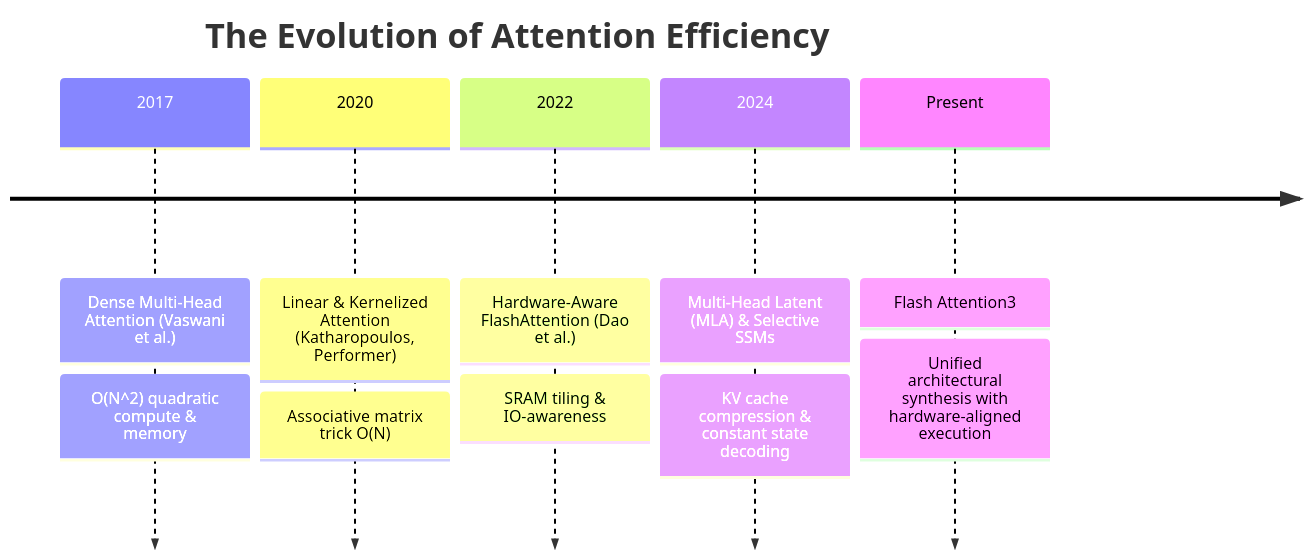
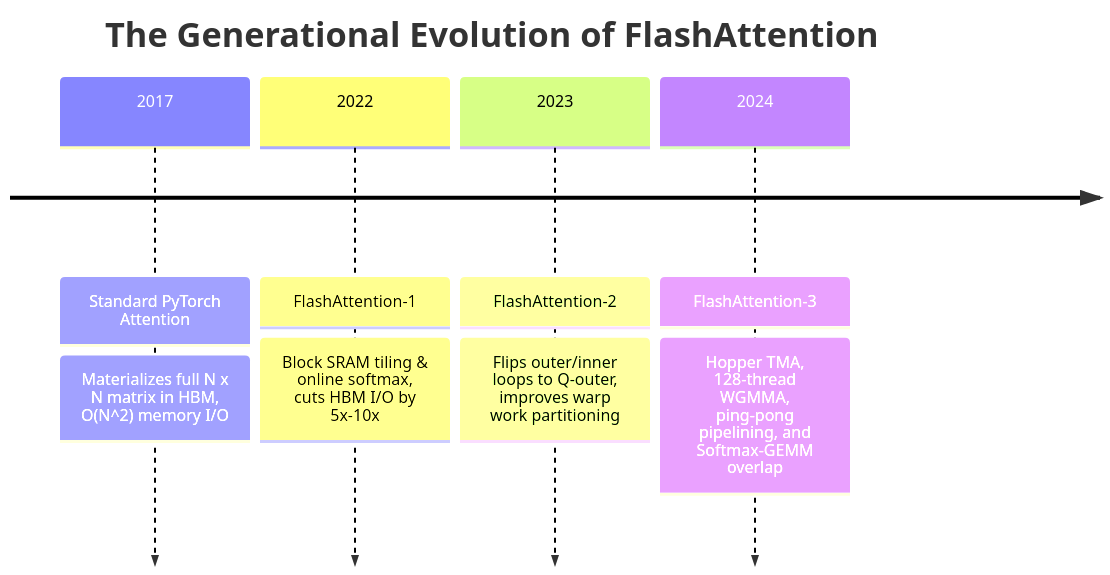
Before and after one commit to tahamajs/NeuralOps: the first of 2 diagrams in Docs/content/attentions_blog/flash_attention3_blog.md, drawn with Mermaid. The commit also changed other lines of this file and 19 other files, not shown here.

````diff
--- a/Docs/content/attentions_blog/flash_attention3_blog.md
+++ b/Docs/content/attentions_blog/flash_attention3_blog.md
@@ -58,9 +76,8 @@
 ```mermaid
 timeline
-    title The Evolution of Attention Efficiency
-    2017 : Dense Multi-Head Attention (Vaswani et al.) : O(N^2) quadratic compute & memory
-    2020 : Linear & Kernelized Attention (Katharopoulos, Performer) : Associative matrix trick O(N)
-    2022 : Hardware-Aware FlashAttention (Dao et al.) : SRAM tiling & IO-awareness
-    2024 : Multi-Head Latent (MLA) & Selective SSMs : KV cache compression & constant state decoding
-    Present : Flash Attention3 : Unified architectural synthesis with hardware-aligned execution
+    title The Generational Evolution of FlashAttention
+    2017 : Standard PyTorch Attention : Materializes full N x N matrix in HBM, O(N^2) memory I/O
+    2022 : FlashAttention-1 : Block SRAM tiling & online softmax, cuts HBM I/O by 5x-10x
+    2023 : FlashAttention-2 : Flips outer/inner loops to Q-outer, improves warp work partitioning
+    2024 : FlashAttention-3 : Hopper TMA, 128-thread WGMMA, ping-pong pipelining, and Softmax-GEMM overlap
 ```
````
